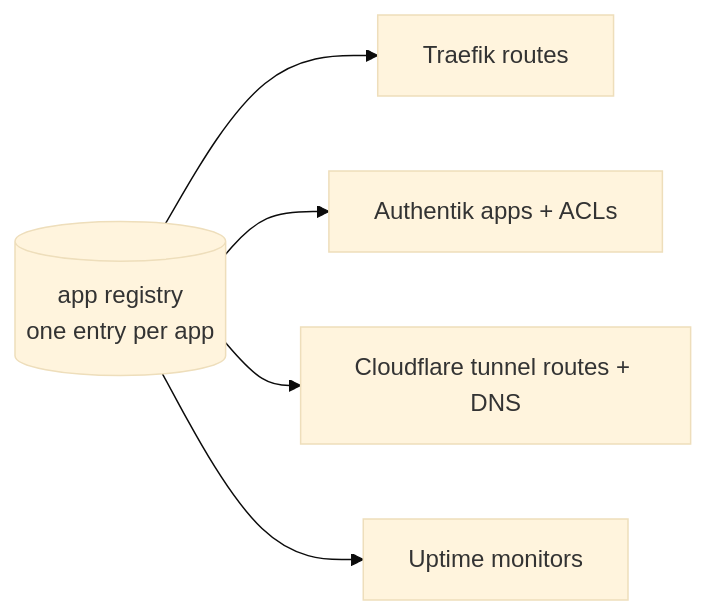
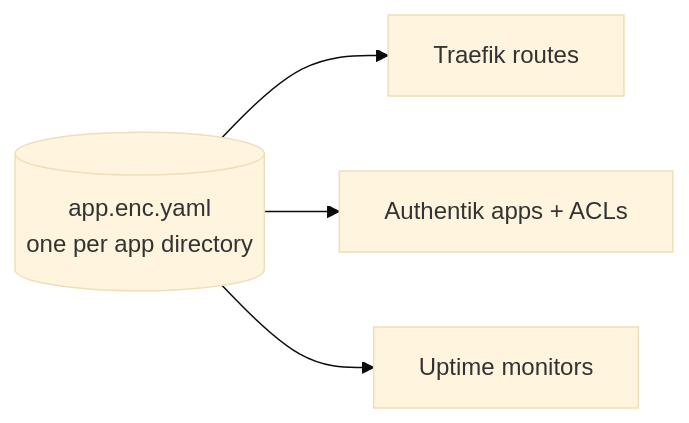
The first of 2 diagrams in 30-applications/README.md (cerfedino/Homelab), drawn with Mermaid (base theme) before and after one commit. The commit also changed other lines of this file and 327 other files, not shown here.

````diff
--- a/30-applications/README.md
+++ b/30-applications/README.md
@@ -21,7 +20,6 @@
 ```mermaid
 flowchart LR
-    registry[("app registry<br/>one entry per app")] --> traefik["Traefik routes"]
-    registry --> authentik["Authentik apps + ACLs"]
-    registry --> tunnel["Cloudflare tunnel routes + DNS"]
-    registry --> kuma["Uptime monitors"]
+    entry[("app.enc.yaml<br/>one per app directory")] --> traefik["Traefik routes"]
+    entry --> authentik["Authentik apps + ACLs"]
+    entry --> kuma["Uptime monitors"]
 ```
````
